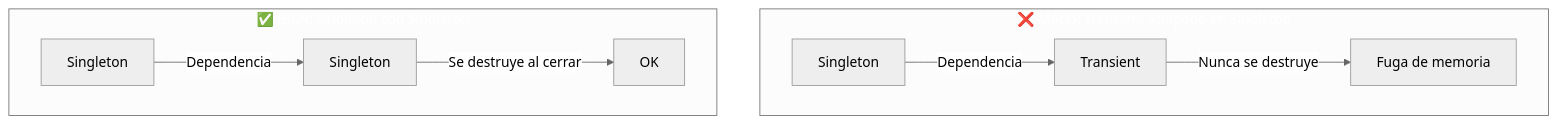
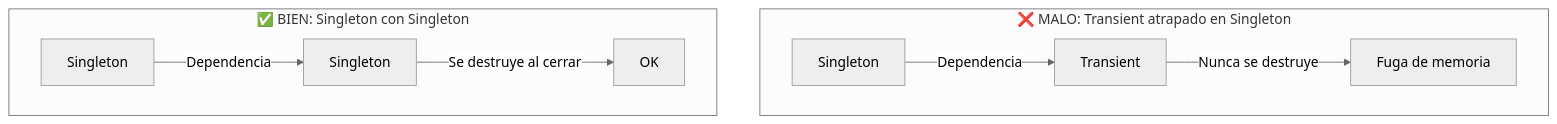
Before and after one commit to joseluisgs/DesarrolloWebEntornosServidor-01-2026-2027: the fourth of 6 diagrams in 11-inyeccion-dependencias.md, drawn with Mermaid (neutral theme). The commit also changed other lines of this file and 15 other files, not shown here.

Commit message:
docs: quitar el relleno a los subgraf de los diagramas y corregir comillas y rayas sueltas

````diff
--- a/11-inyeccion-dependencias.md
+++ b/11-inyeccion-dependencias.md
@@ -175,15 +172,13 @@
 ```mermaid
 graph TD
     subgraph MAL["❌ MALO: Transient atrapado en Singleton"]
         A["Singleton"] -->|"Dependencia"| B["Transient"]
         B -->|"Nunca se destruye"| C["Fuga de memoria"]
     end
 
     subgraph BIEN["✅ BIEN: Singleton con Singleton"]
         D["Singleton"] -->|"Dependencia"| E["Singleton"]
         E -->|"Se destruye al cerrar"| F["OK"]
     end
 
-    style MAL fill:#f4433,color:#fff6,color:#fff
-    style BIEN fill:#4CAF5,color:#fff0,color:#fff
 ```
````
